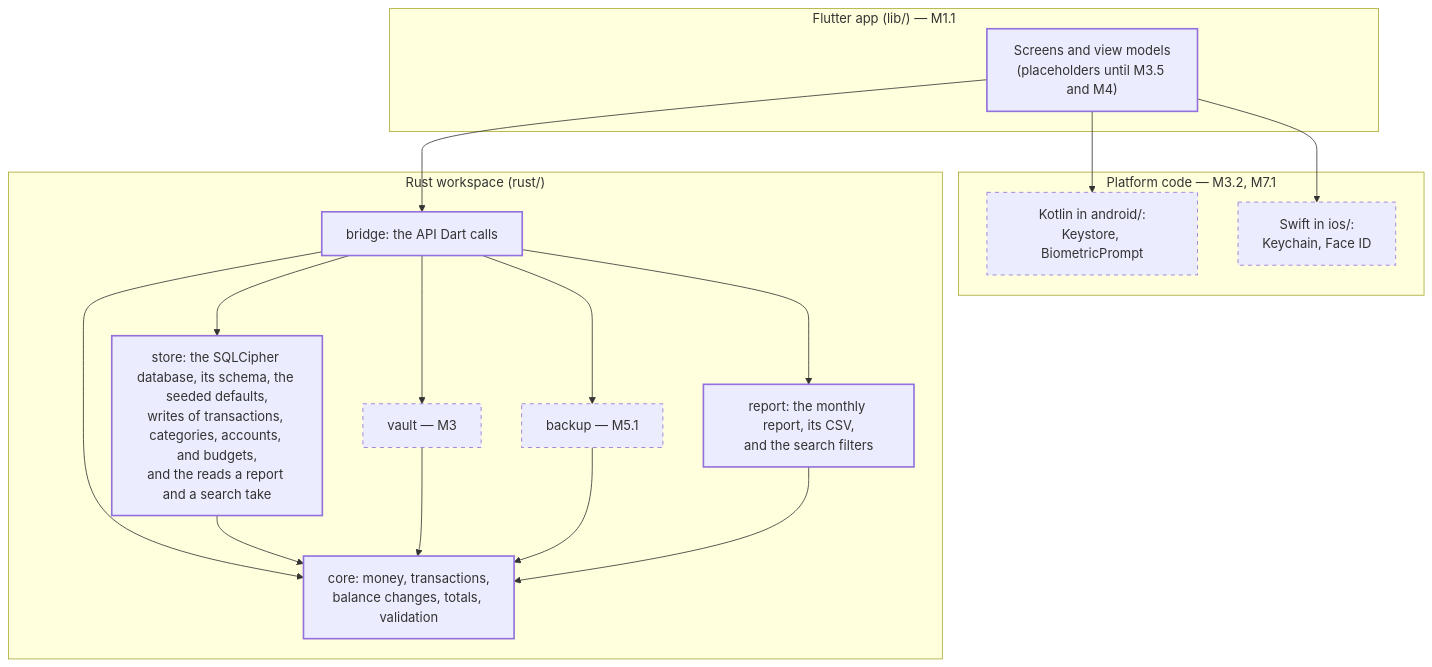
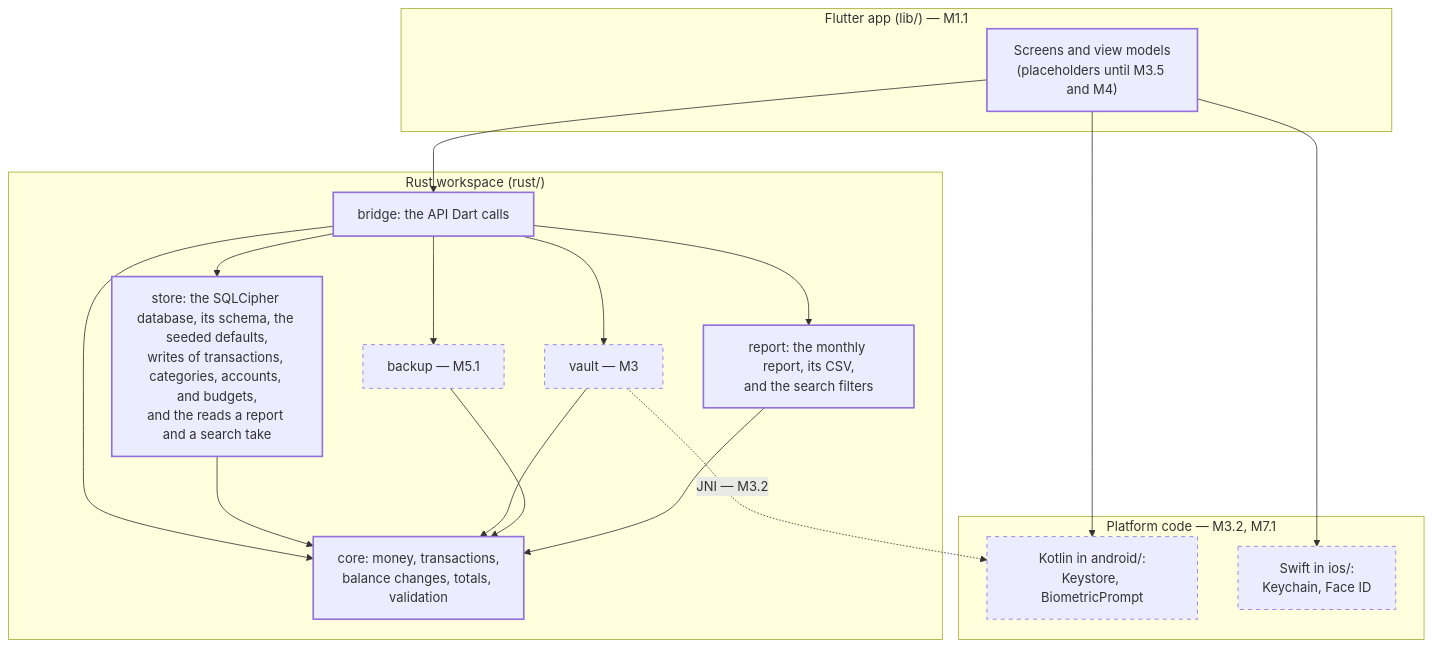
One commit to jabbott-iii/DenariiDolor changed the diagram in docs/01-architecture.md. Above: the diagram before and after it, drawn with Mermaid. The commit also changed other lines of this file and 8 other files, not shown here.

````diff
--- a/docs/01-architecture.md
+++ b/docs/01-architecture.md
@@ -30,35 +30,36 @@
 ```mermaid
 flowchart TB
     subgraph Dart["Flutter app (lib/) — M1.1"]
         UI["Screens and view models<br/>(placeholders until M3.5 and M4)"]
     end
     subgraph Native["Platform code — M3.2, M7.1"]
         KT["Kotlin in android/:<br/>Keystore, BiometricPrompt"]
         SW["Swift in ios/:<br/>Keychain, Face ID"]
     end
     subgraph Rust["Rust workspace (rust/)"]
         BR["bridge: the API Dart calls"]
         ST["store: the SQLCipher database, its schema, the seeded defaults,<br/>writes of transactions, categories, accounts, and budgets,<br/>and the reads a report and a search take"]
         VA["vault — M3"]
         BK["backup — M5.1"]
         RP["report: the monthly report, its CSV,<br/>and the search filters"]
         CO["core: money, transactions,<br/>balance changes, totals, validation"]
     end
     UI --> BR
     UI --> KT
     UI --> SW
     BR --> ST
     BR --> VA
     BR --> BK
     BR --> RP
     BR --> CO
+    VA -.->|"JNI — M3.2"| KT
     ST --> CO
     VA --> CO
     BK --> CO
     RP --> CO
 
     classDef built stroke-width:2px
     classDef planned stroke-dasharray: 5 5
     class CO,UI,BR,ST,RP built
     class KT,SW,VA,BK planned
 ```
````
